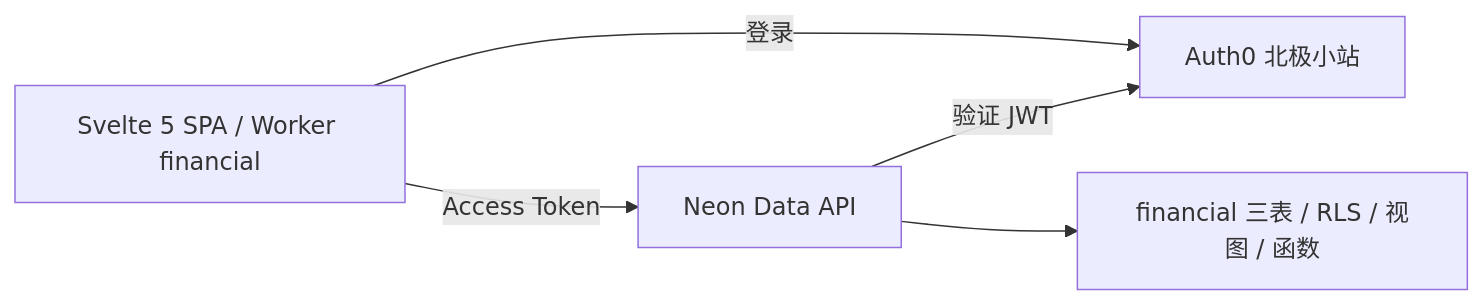
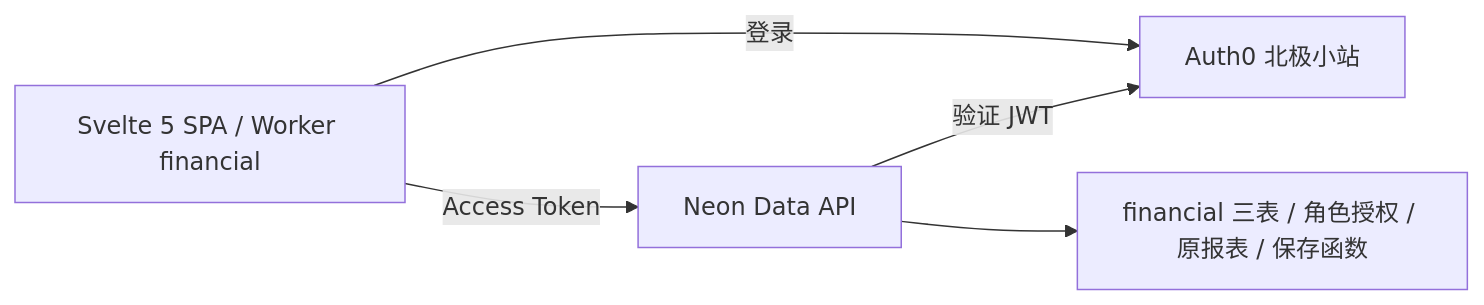
Before and after one commit to hasbai/financial: the diagram in docs/ARCHITECTURE.md, drawn with Mermaid. The commit also changed other lines of this file and 15 other files, not shown here.

````diff
--- a/docs/ARCHITECTURE.md
+++ b/docs/ARCHITECTURE.md
@@ -5,7 +5,7 @@
 ```mermaid
 flowchart LR
  SPA[Svelte 5 SPA / Worker financial] -->|登录| AUTH[Auth0 北极小站]
  SPA -->|Access Token| API[Neon Data API]
  API -->|验证 JWT| AUTH
- API --> DB[financial 三表 / RLS / 视图 / 函数]
+ API --> DB[financial 三表 / 角色授权 / 原报表 / 保存函数]
 ```
````
